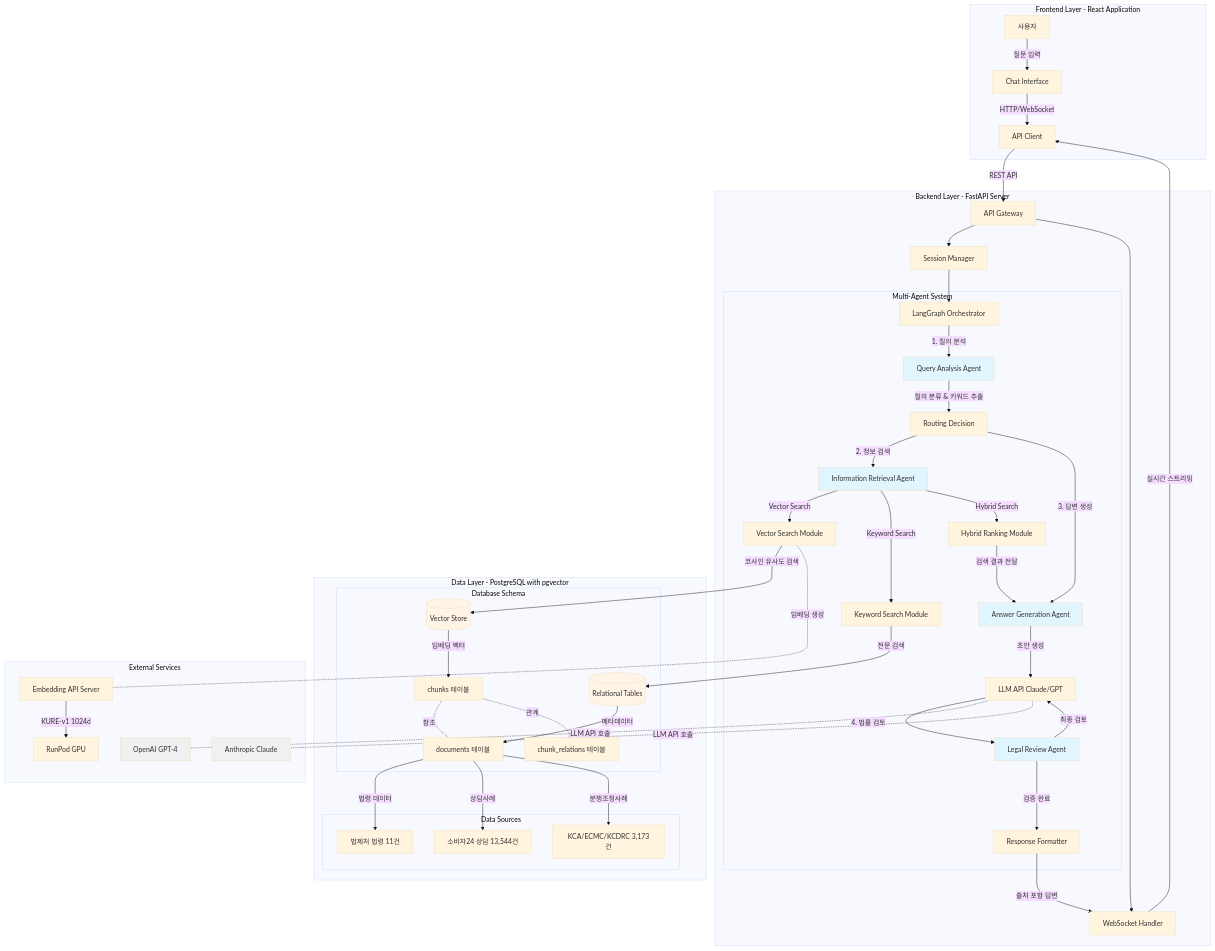
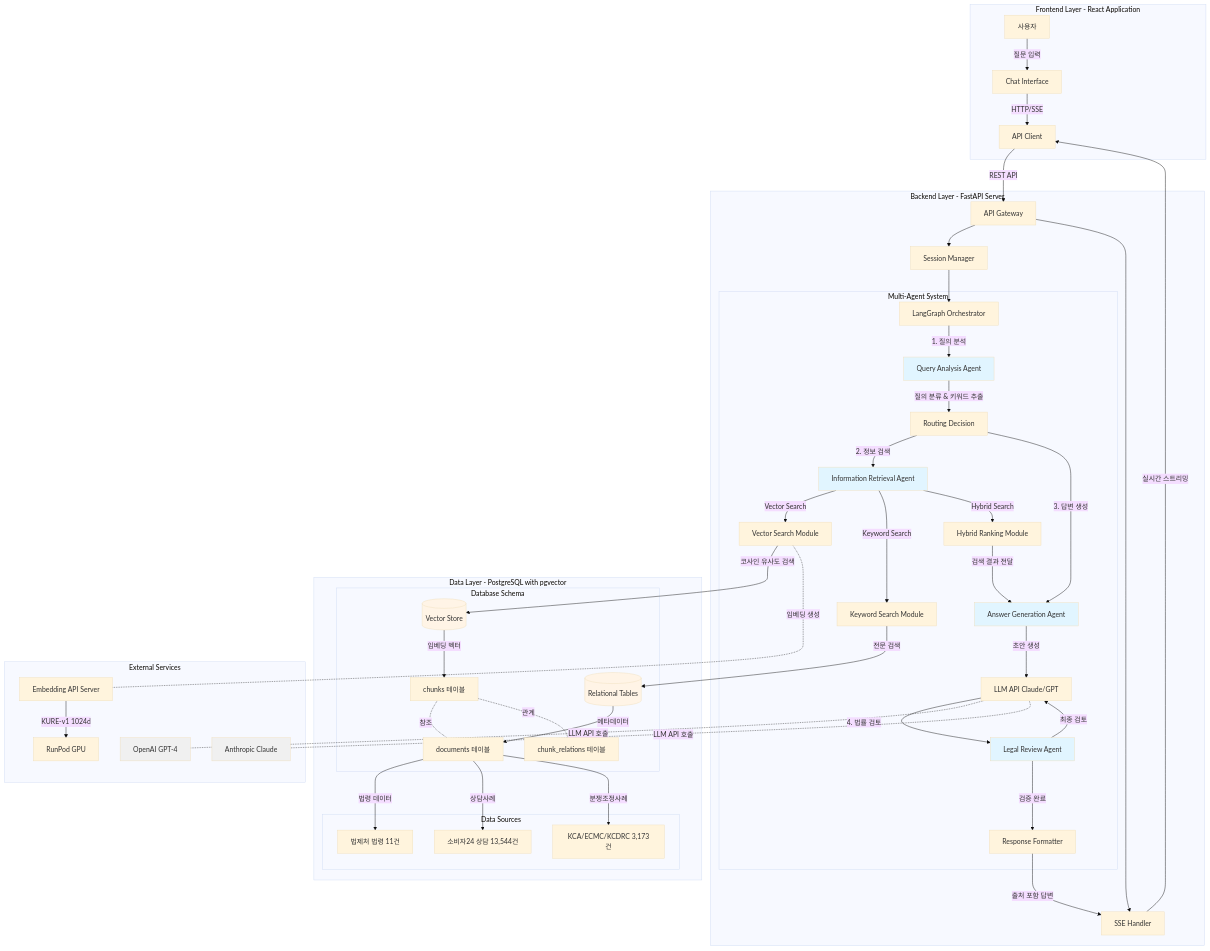
The first of 3 diagrams in README.md (SKN19-FINAL-5team/LLM), drawn with Mermaid (base theme) before and after one commit. The commit also changed other lines of this file and 2 other files, not shown here.

Commit message:
docs : README update

````diff
--- a/README.md
+++ b/README.md
@@ -20,70 +20,70 @@
 ```mermaid
 graph TB
     subgraph "Frontend Layer - React Application"
         A[사용자] -->|질문 입력| B[Chat Interface]
-        B -->|HTTP/WebSocket| C[API Client]
+        B -->|HTTP/SSE| C[API Client]
     end
     
     subgraph "Backend Layer - FastAPI Server"
         C -->|REST API| D[API Gateway]
         D --> E[Session Manager]
-        D --> F[WebSocket Handler]
+        D --> F[SSE Handler]
         
         E --> G[LangGraph Orchestrator]
         
         subgraph "Multi-Agent System"
             G -->|1. 질의 분석| H[Query Analysis Agent]
             H -->|질의 분류 & 키워드 추출| I[Routing Decision]
             
             I -->|2. 정보 검색| J[Information Retrieval Agent]
             J -->|Vector Search| K[Vector Search Module]
             J -->|Keyword Search| L[Keyword Search Module]
             J -->|Hybrid Search| M[Hybrid Ranking Module]
             
             I -->|3. 답변 생성| N[Answer Generation Agent]
             M -->|검색 결과 전달| N
             N -->|초안 생성| O[LLM API Claude/GPT]
             
             O -->|4. 법률 검토| P[Legal Review Agent]
             P -->|최종 검토| O
             P -->|검증 완료| Q[Response Formatter]
         end
         
         Q -->|출처 포함 답변| F
         F -->|실시간 스트리밍| C
     end
     
     subgraph "Data Layer - PostgreSQL with pgvector"
         K -->|코사인 유사도 검색| R[(Vector Store)]
         L -->|전문 검색| S[(Relational Tables)]
         
         subgraph "Database Schema"
             R -->|임베딩 벡터| T[chunks 테이블]
             S -->|메타데이터| U[documents 테이블]
             T -.참조.- U
             T -.관계.- V[chunk_relations 테이블]
         end
         
         subgraph "Data Sources"
             U -->|법령 데이터| W[법제처 법령 11건]
             U -->|상담사례| X[소비자24 상담 13,544건]
             U -->|분쟁조정사례| Y[KCA/ECMC/KCDRC 3,173건]
         end
     end
     
     subgraph "External Services"
         O -.LLM API 호출.- Z[OpenAI GPT-4]
         O -.LLM API 호출.- AA[Anthropic Claude]
         K -.임베딩 생성.- AB[Embedding API Server]
         AB -->|KURE-v1 1024d| AC[RunPod GPU]
     end
     
     style H fill:#e1f5ff
     style J fill:#e1f5ff
     style N fill:#e1f5ff
     style P fill:#e1f5ff
     style R fill:#fff4e6
     style S fill:#fff4e6
     style Z fill:#f0f0f0
     style AA fill:#f0f0f0
 ```
````
